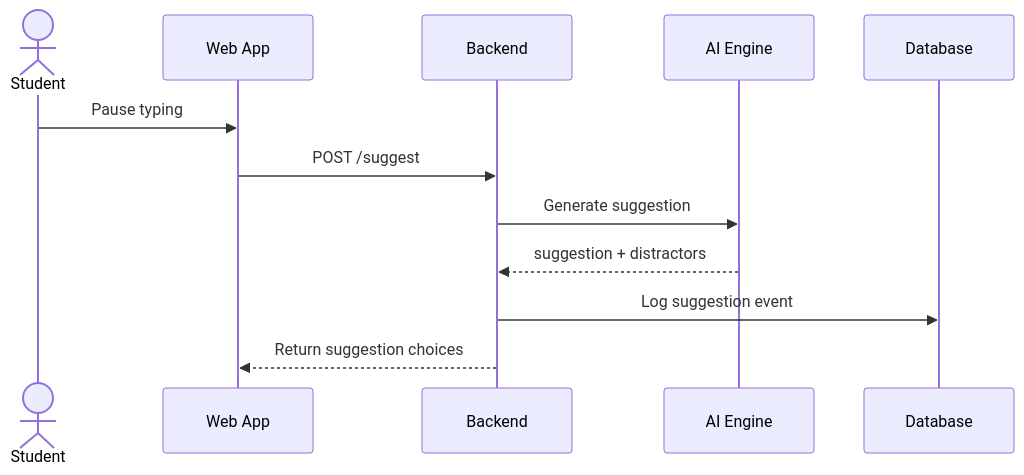
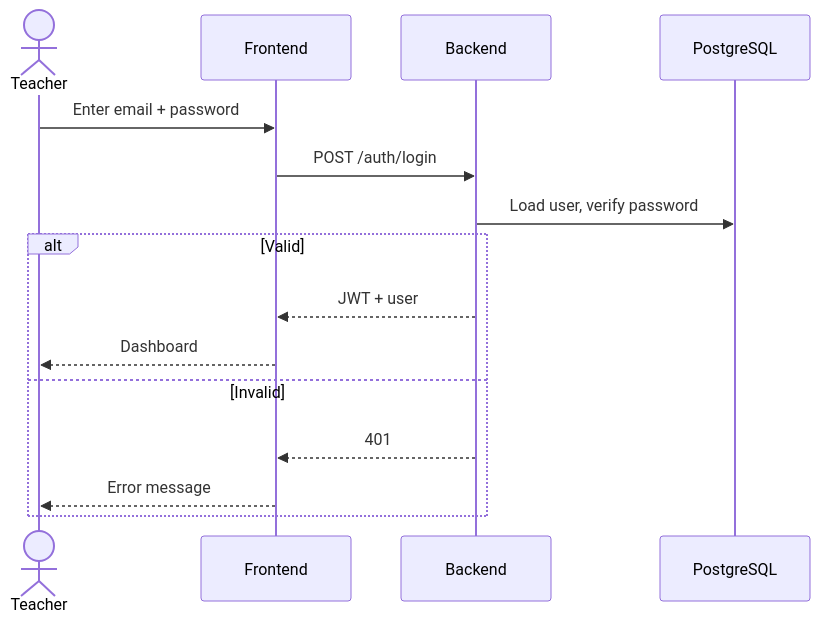
The second of 16 diagrams in documentation/docs/system-architecture/sequence-diagrams.md (Capstone-Projects-2026-spring/project-auto-suggestion-quiz), drawn with Mermaid before and after one commit. The commit also changed other lines of this file and 5 other files, not shown here.

````diff
--- a/documentation/docs/system-architecture/sequence-diagrams.md
+++ b/documentation/docs/system-architecture/sequence-diagrams.md
@@ -33,15 +56,18 @@
 ```mermaid
 sequenceDiagram
-  actor Student
-  participant UI as Web App
+  actor Teacher
+  participant FE as Frontend
   participant API as Backend
-  participant AI as AI Engine
-  participant DB as Database
+  participant DB as PostgreSQL
 
-  Student->>UI: Pause typing
-  UI->>API: POST /suggest
-  API->>AI: Generate suggestion
-  AI-->>API: suggestion + distractors
-  API->>DB: Log suggestion event
-  API-->>UI: Return suggestion choices
+  Teacher->>FE: Enter email + password
+  FE->>API: POST /auth/login
+  API->>DB: Load user, verify password
+  alt Valid
+    API-->>FE: JWT + user
+    FE-->>Teacher: Dashboard
+  else Invalid
+    API-->>FE: 401
+    FE-->>Teacher: Error message
+  end
 ```
````
